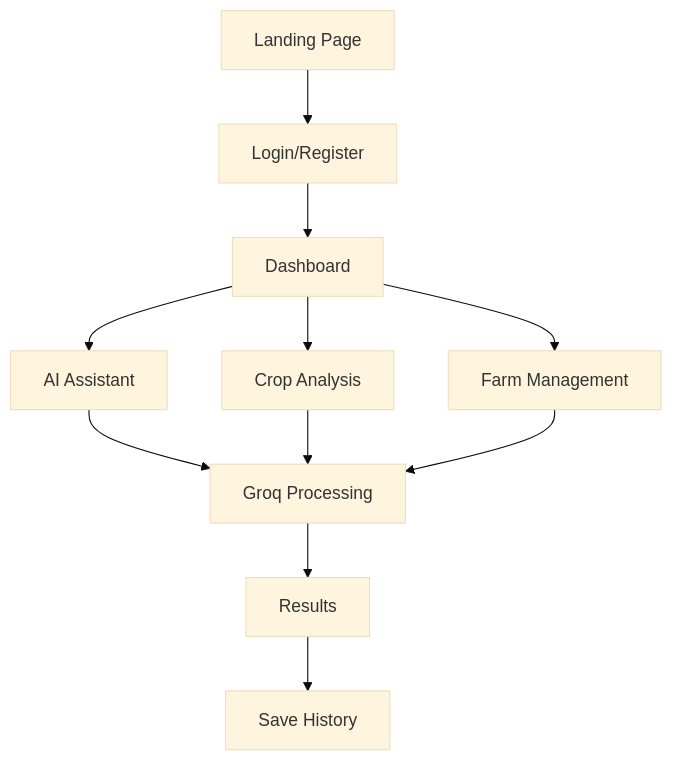
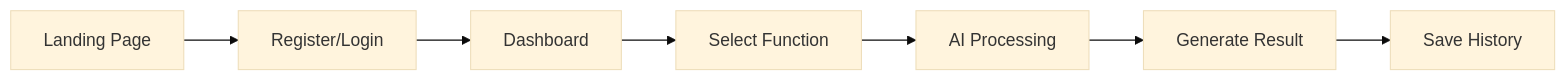
Before and after one commit to aadeshkhamkar/KrishiMitra: the second of 3 diagrams in README.md, drawn with Mermaid (base theme). The commit also changed other lines of this file, not shown here.

````diff
--- a/README.md
+++ b/README.md
@@ -168,25 +215,17 @@
 ```mermaid
-flowchart TD
+flowchart LR
 
 A[Landing Page]
 
-A --> B[Login/Register]
+-->B[Register/Login]
 
-B --> C[Dashboard]
+-->C[Dashboard]
 
-C --> D[AI Assistant]
+-->D[Select Function]
 
-C --> E[Crop Analysis]
+-->E[AI Processing]
 
-C --> F[Farm Management]
+-->F[Generate Result]
 
-D --> G[Groq Processing]
-
-E --> G
-
-F --> G
-
-G --> H[Results]
-
-H --> I[Save History]
+-->G[Save History]
 ```
````
